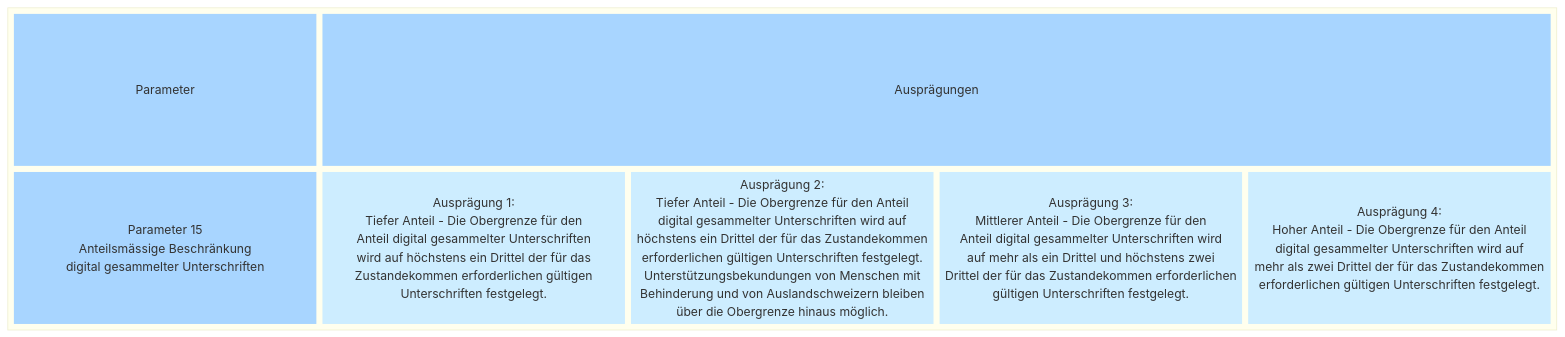
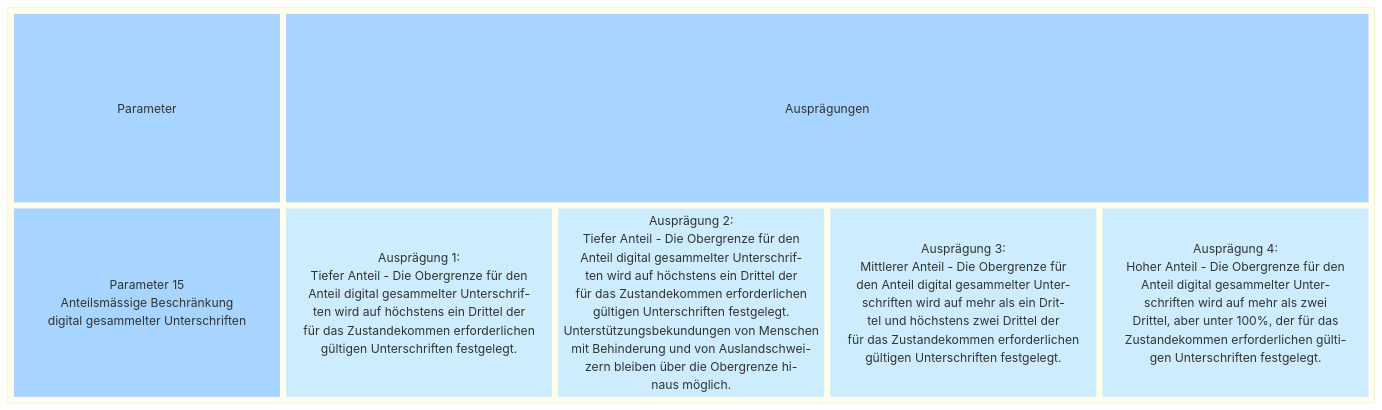
Before and after one commit to swiss/e-collecting: the diagram in docs/morphological-box/parameter-15.md, drawn with Mermaid. The commit also changed other lines of this file, not shown here.

Commit message:
docs: update to parameter-15.md

````diff
--- a/docs/morphological-box/parameter-15.md
+++ b/docs/morphological-box/parameter-15.md
@@ -26,43 +26,48 @@
 ```mermaid
 block
   block
     columns 5
     t1["Parameter"]
     t2["Ausprägungen"]:4
     d["Parameter 15
     Anteilsmässige Beschränkung
     digital gesammelter Unterschriften"]
     a1["Ausprägung 1:
     Tiefer Anteil - Die Obergrenze für den
-    Anteil digital gesammelter Unterschriften
-    wird auf höchstens ein Drittel der für das
-    Zustandekommen erforderlichen gültigen
-    Unterschriften festgelegt."]
+    Anteil digital gesammelter Unterschrif-
+    ten wird auf höchstens ein Drittel der
+    für das Zustandekommen erforderlichen
+    gültigen Unterschriften festgelegt."]
     a2["Ausprägung 2:
-    Tiefer Anteil - Die Obergrenze für den Anteil
-    digital gesammelter Unterschriften wird auf
-    höchstens ein Drittel der für das Zustandekommen
-    erforderlichen gültigen Unterschriften festgelegt.
-    Unterstützungsbekundungen von Menschen mit
-    Behinderung und von Auslandschweizern bleiben
-    über die Obergrenze hinaus möglich."]
+    Tiefer Anteil - Die Obergrenze für den
+    Anteil digital gesammelter Unterschrif-
+    ten wird auf höchstens ein Drittel der
+    für das Zustandekommen erforderlichen
+    gültigen Unterschriften festgelegt.
+    Unterstützungsbekundungen von Menschen
+    mit Behinderung und von Auslandschwei-
+    zern bleiben über die Obergrenze hi-
+    naus möglich."]
     a3["Ausprägung 3:
-    Mittlerer Anteil - Die Obergrenze für den
-    Anteil digital gesammelter Unterschriften wird
-    auf mehr als ein Drittel und höchstens zwei
-    Drittel der für das Zustandekommen erforderlichen
+    Mittlerer Anteil - Die Obergrenze für
+    den Anteil digital gesammelter Unter-
+    schriften wird auf mehr als ein Drit-
+    tel und höchstens zwei Drittel der 
+    für das Zustandekommen erforderlichen
     gültigen Unterschriften festgelegt."]
     a4["Ausprägung 4:
-    Hoher Anteil - Die Obergrenze für den Anteil
-    digital gesammelter Unterschriften wird auf
-    mehr als zwei Drittel der für das Zustandekommen
-    erforderlichen gültigen Unterschriften festgelegt."]
+    Hoher Anteil - Die Obergrenze für den
+    Anteil digital gesammelter Unter-
+    schriften wird auf mehr als zwei 
+    Drittel, aber unter 100%, der für das
+    Zustandekommen erforderlichen gülti-
+    gen Unterschriften festgelegt."]
     style t1 fill:#a8d5ff,stroke-width:0px
     style t2 fill:#a8d5ff,stroke-width:0px
     style d fill:#a8d5ff,stroke-width:0px,text-valign:top
     style a1 fill:#cdedff,stroke-width:0px
     style a2 fill:#cdedff,stroke-width:0px
     style a3 fill:#cdedff,stroke-width:0px
     style a4 fill:#cdedff,stroke-width:0px
   end
 ```
````
